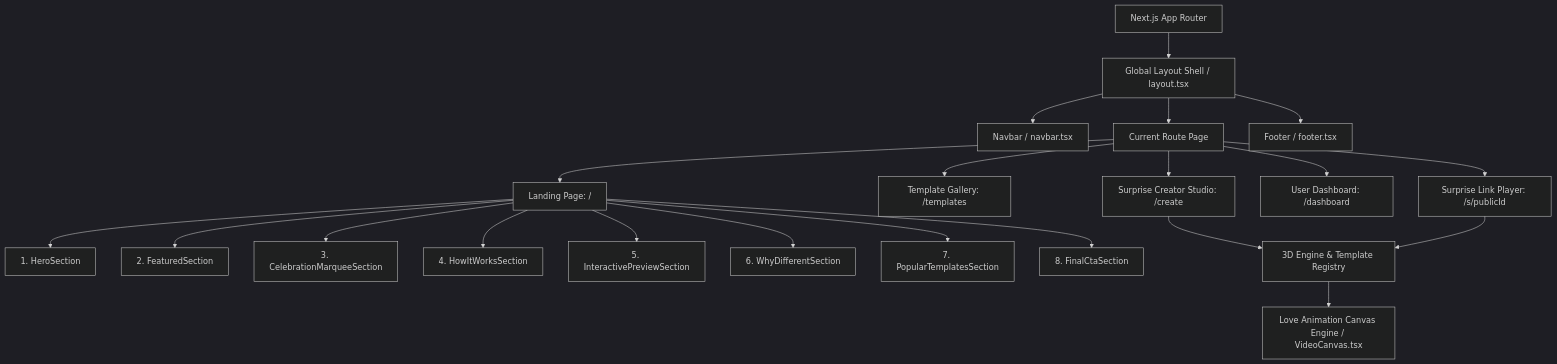
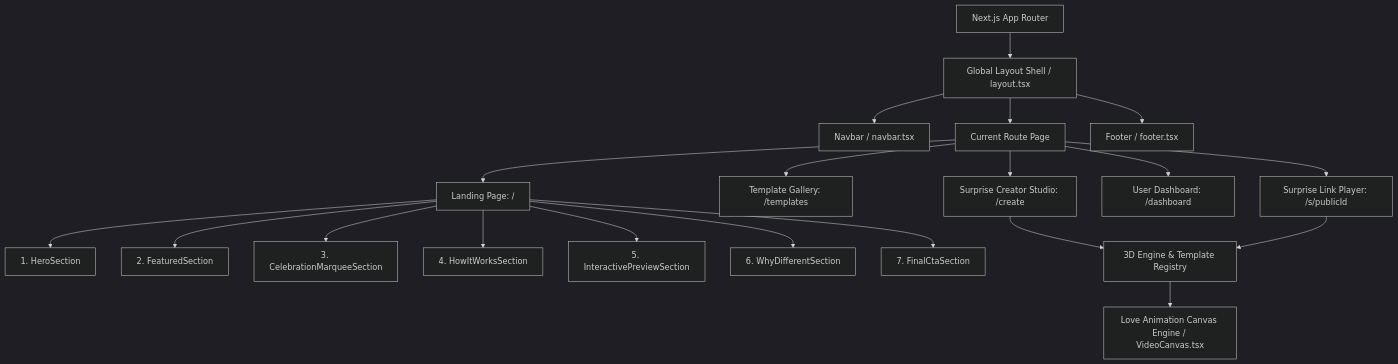
One commit to Dynamo-Creation/Surprise-Spark changed the diagram in ARCHITECTURE_SECTIONS_GUIDE.md. Above: the diagram before and after it, drawn with Mermaid (dark theme). The commit also changed other lines of this file and 2 other files, not shown here.

Commit message:
refactor(home): remove redundant PopularTemplatesSection to streamline page scroll

````diff
--- a/ARCHITECTURE_SECTIONS_GUIDE.md
+++ b/ARCHITECTURE_SECTIONS_GUIDE.md
@@ -10,26 +10,25 @@
 ```mermaid
 graph TD
     App[Next.js App Router] --> Shell[Global Layout Shell / layout.tsx]
     Shell --> Nav[Navbar / navbar.tsx]
     Shell --> Page[Current Route Page]
     Shell --> Foot[Footer / footer.tsx]
 
     Page --> Home[Landing Page: /]
     Page --> Templates[Template Gallery: /templates]
     Page --> Creator[Surprise Creator Studio: /create]
     Page --> Dashboard[User Dashboard: /dashboard]
     Page --> Recipient[Surprise Link Player: /s/publicId]
 
     Home --> S1[1. HeroSection]
     Home --> S2[2. FeaturedSection]
     Home --> S3[3. CelebrationMarqueeSection]
     Home --> S4[4. HowItWorksSection]
     Home --> S5[5. InteractivePreviewSection]
     Home --> S6[6. WhyDifferentSection]
-    Home --> S7[7. PopularTemplatesSection]
-    Home --> S8[8. FinalCtaSection]
+    Home --> S7[7. FinalCtaSection]
 
     Creator --> Engine[3D Engine & Template Registry]
     Recipient --> Engine
     Engine --> LoveAnim[Love Animation Canvas Engine / VideoCanvas.tsx]
 ```
````
